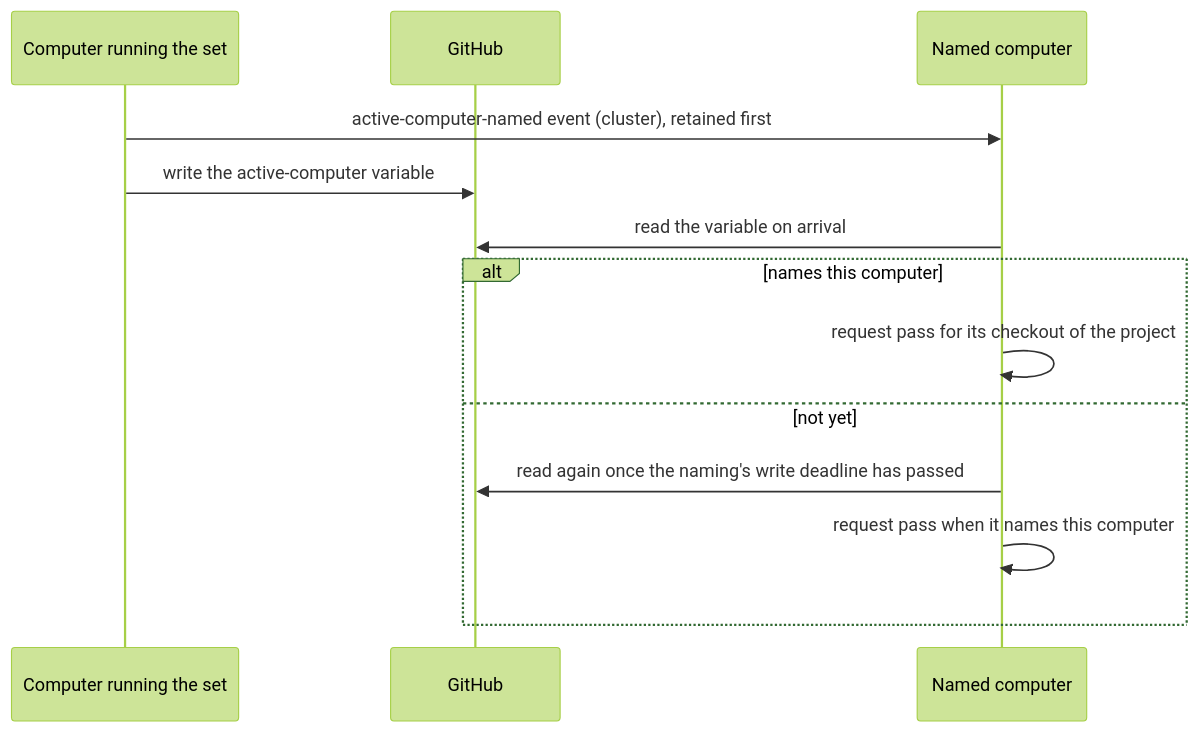
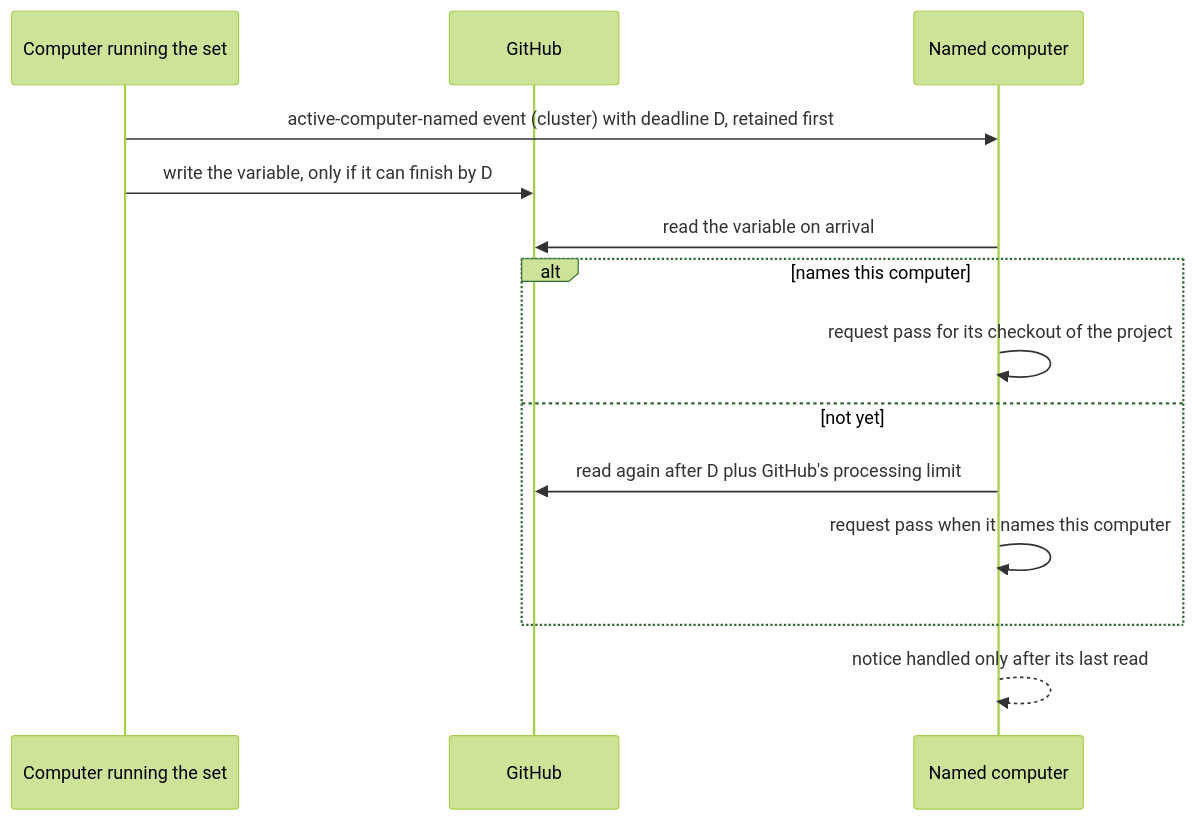
Before and after one commit to InstruktAI/TeleClaude: the third of 3 diagrams in docs/local/design/architecture/work-pickup.md, drawn with Mermaid (forest theme). The commit also changed other lines of this file and 2 other files, not shown here.

First line of the commit message:
docs(work-pickup): bound the naming handover by a deadline both sides share

````diff
--- a/docs/local/design/architecture/work-pickup.md
+++ b/docs/local/design/architecture/work-pickup.md
@@ -112,16 +112,17 @@
 ```mermaid
 sequenceDiagram
     participant Caller as Computer running the set
     participant GH as GitHub
     participant Named as Named computer
 
-    Caller->>Named: active-computer-named event (cluster), retained first
-    Caller->>GH: write the active-computer variable
+    Caller->>Named: active-computer-named event (cluster) with deadline D, retained first
+    Caller->>GH: write the variable, only if it can finish by D
     Named->>GH: read the variable on arrival
     alt names this computer
         Named->>Named: request pass for its checkout of the project
     else not yet
-        Named->>GH: read again once the naming's write deadline has passed
+        Named->>GH: read again after D plus GitHub's processing limit
         Named->>Named: request pass when it names this computer
     end
+    Named-->>Named: notice handled only after its last read
 ```
````
